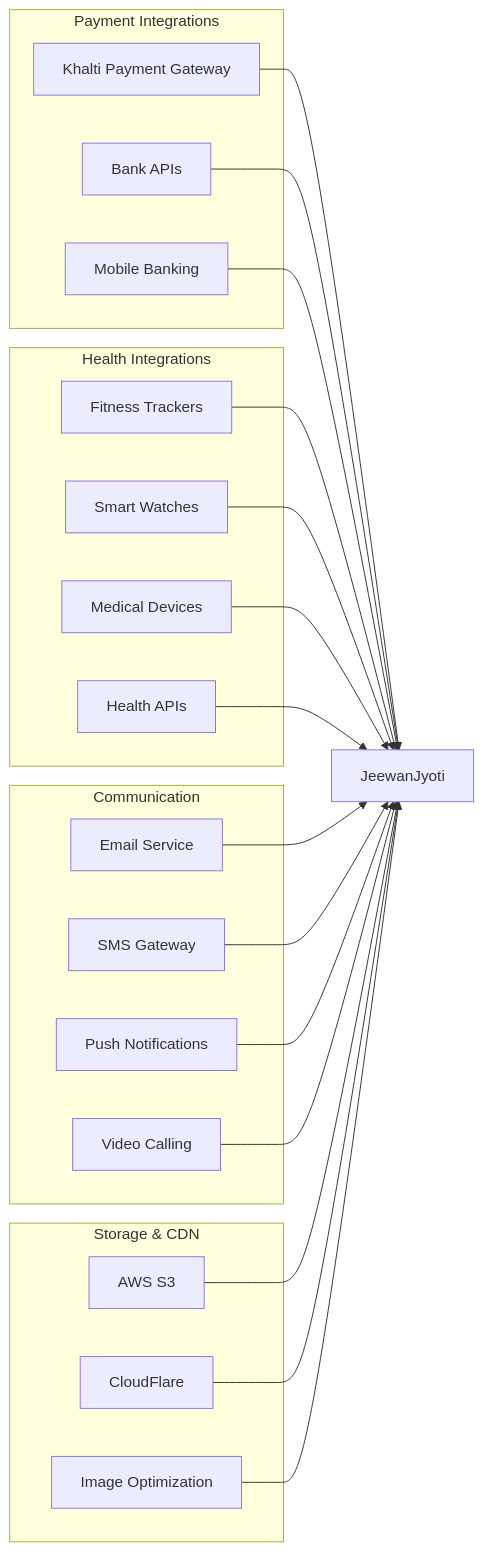
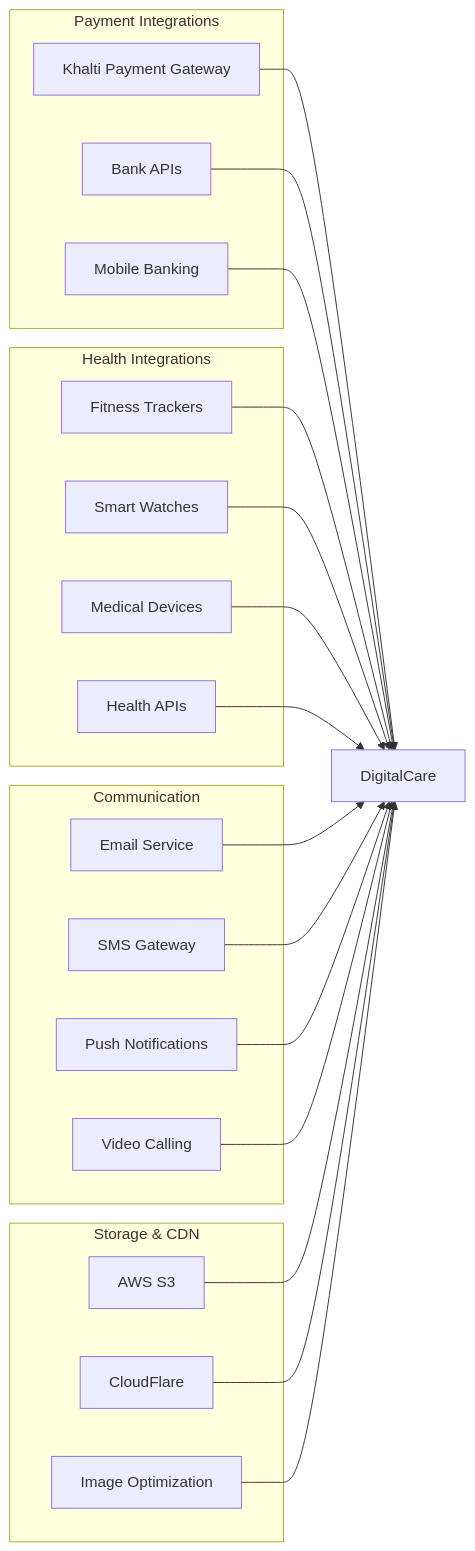
Diagram 20 of 23 in USER_MANUAL_CHARTS.md (MaheshKC0909/jeewanjyoti_preorder-site), drawn with Mermaid before and after one commit. The commit also changed other lines of this file and 23 other files, not shown here.

````diff
--- a/USER_MANUAL_CHARTS.md
+++ b/USER_MANUAL_CHARTS.md
@@ -687,43 +687,43 @@
 ```mermaid
 graph LR
     subgraph "Payment Integrations"
         A[Khalti Payment Gateway]
         B[Bank APIs]
         C[Mobile Banking]
     end
     
     subgraph "Health Integrations"
         D[Fitness Trackers]
         E[Smart Watches]
         F[Medical Devices]
         G[Health APIs]
     end
     
     subgraph "Communication"
         H[Email Service]
         I[SMS Gateway]
         J[Push Notifications]
         K[Video Calling]
     end
     
     subgraph "Storage & CDN"
         L[AWS S3]
         M[CloudFlare]
         N[Image Optimization]
     end
     
-    A --> JeewanJyoti
-    B --> JeewanJyoti
-    C --> JeewanJyoti
-    D --> JeewanJyoti
-    E --> JeewanJyoti
-    F --> JeewanJyoti
-    G --> JeewanJyoti
-    H --> JeewanJyoti
-    I --> JeewanJyoti
-    J --> JeewanJyoti
-    K --> JeewanJyoti
-    L --> JeewanJyoti
-    M --> JeewanJyoti
-    N --> JeewanJyoti
+    A --> DigitalCare
+    B --> DigitalCare
+    C --> DigitalCare
+    D --> DigitalCare
+    E --> DigitalCare
+    F --> DigitalCare
+    G --> DigitalCare
+    H --> DigitalCare
+    I --> DigitalCare
+    J --> DigitalCare
+    K --> DigitalCare
+    L --> DigitalCare
+    M --> DigitalCare
+    N --> DigitalCare
 ```
````
